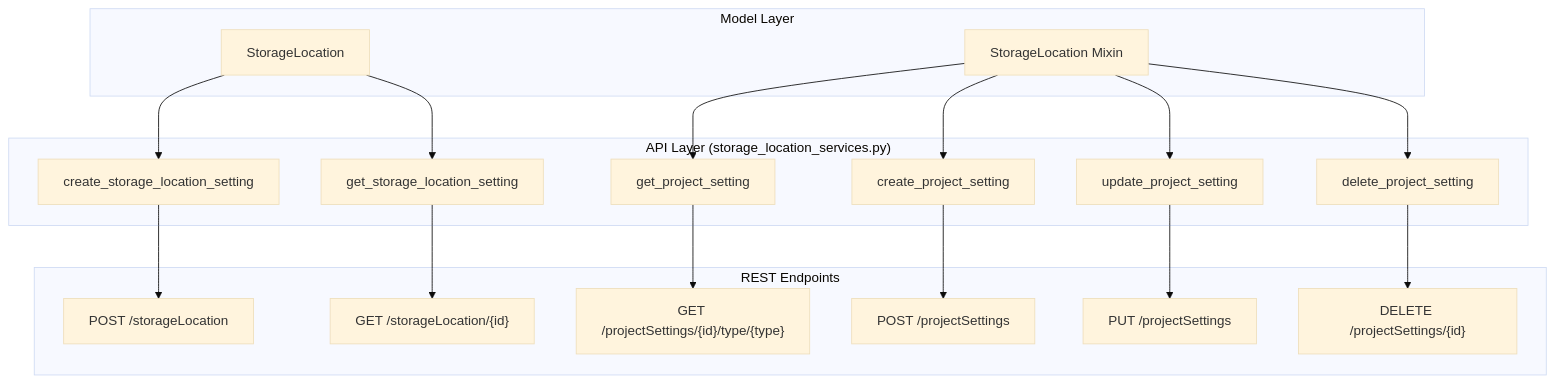
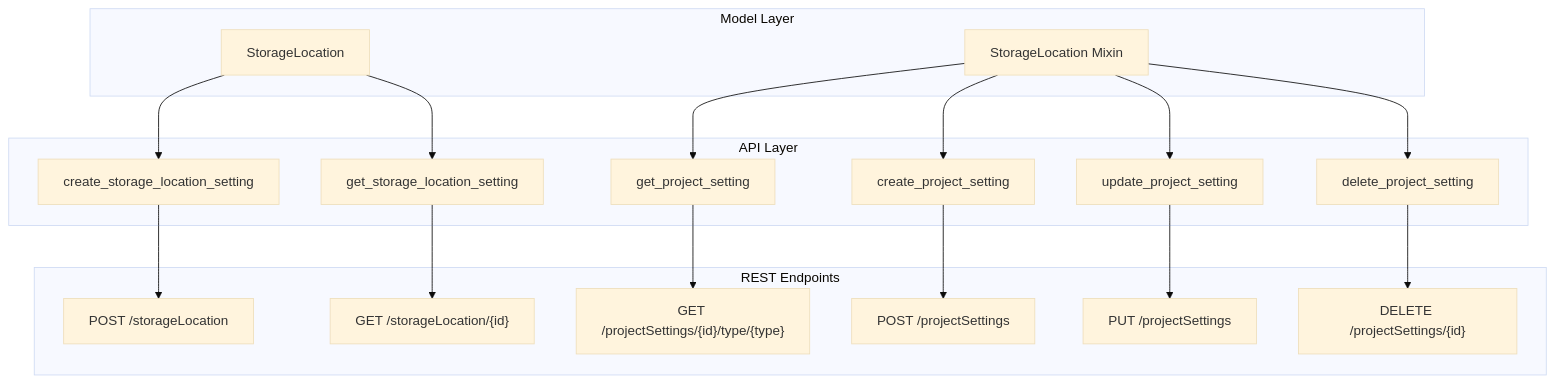
The eighth of 10 diagrams in docs/explanations/storage_location_architecture.md (Sage-Bionetworks/synapsePythonClient), drawn with Mermaid (base theme) before and after one commit. The commit also changed other lines of this file, not shown here.

Commit message:
remove background color for migration flow

````diff
--- a/docs/explanations/storage_location_architecture.md
+++ b/docs/explanations/storage_location_architecture.md
@@ -570,33 +570,33 @@
 ```mermaid
 flowchart TB
     subgraph "Model Layer"
         SL[StorageLocation]
         SLCM[StorageLocation Mixin]
     end
 
-    subgraph "API Layer (storage_location_services.py)"
+    subgraph "API Layer"
         create_sls[create_storage_location_setting]
         get_sls[get_storage_location_setting]
         get_ps[get_project_setting]
         create_ps[create_project_setting]
         update_ps[update_project_setting]
         delete_ps[delete_project_setting]
     end
 
     subgraph "REST Endpoints"
         POST_SL["POST /storageLocation"]
         GET_SL["GET /storageLocation/{id}"]
         GET_PS["GET /projectSettings/{id}/type/{type}"]
         POST_PS["POST /projectSettings"]
         PUT_PS["PUT /projectSettings"]
         DELETE_PS["DELETE /projectSettings/{id}"]
     end
 
     SL --> create_sls --> POST_SL
     SL --> get_sls --> GET_SL
 
     SLCM --> get_ps --> GET_PS
     SLCM --> create_ps --> POST_PS
     SLCM --> update_ps --> PUT_PS
     SLCM --> delete_ps --> DELETE_PS
 ```
````
